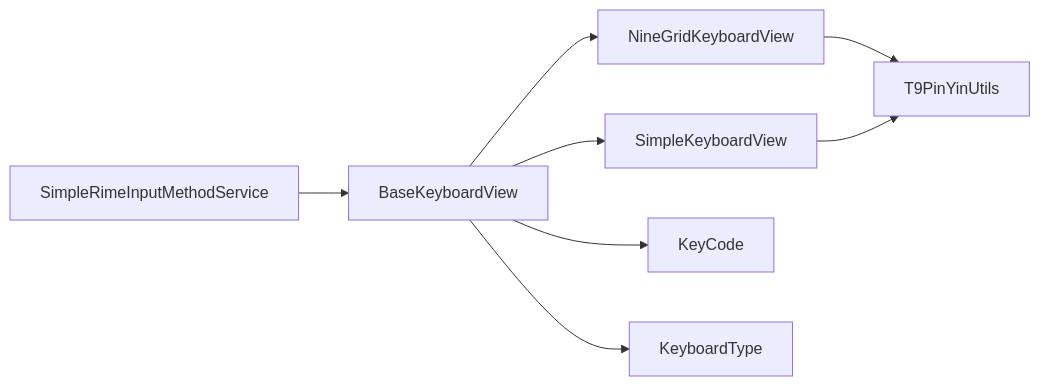
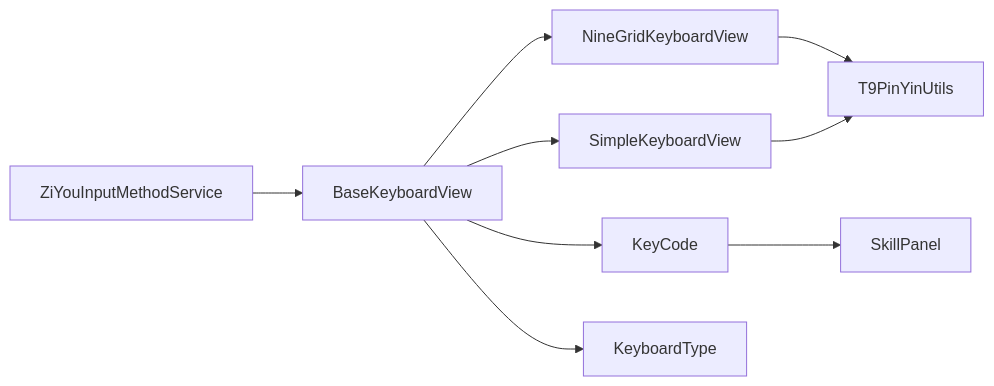
One commit to qiaodashaoye/ziyou-ime changed the tenth of 10 diagrams in .qoder/repowiki/zh/content/键盘实现/键盘实现.md. Above: the diagram before and after it, drawn with Mermaid. The commit also changed other lines of this file and 28 other files, not shown here.

````diff
--- a/.qoder/repowiki/zh/content/键盘实现/键盘实现.md
+++ b/.qoder/repowiki/zh/content/键盘实现/键盘实现.md
@@ -411,10 +496,11 @@
 ```mermaid
 graph LR
-S["SimpleRimeInputMethodService"] --> B["BaseKeyboardView"]
+S["ZiYouInputMethodService"] --> B["BaseKeyboardView"]
 B --> N["NineGridKeyboardView"]
 B --> K["SimpleKeyboardView"]
 B --> C["KeyCode"]
 B --> T["KeyboardType"]
 N --> U["T9PinYinUtils"]
 K --> U
+C --> SP["SkillPanel"]
 ```
````
